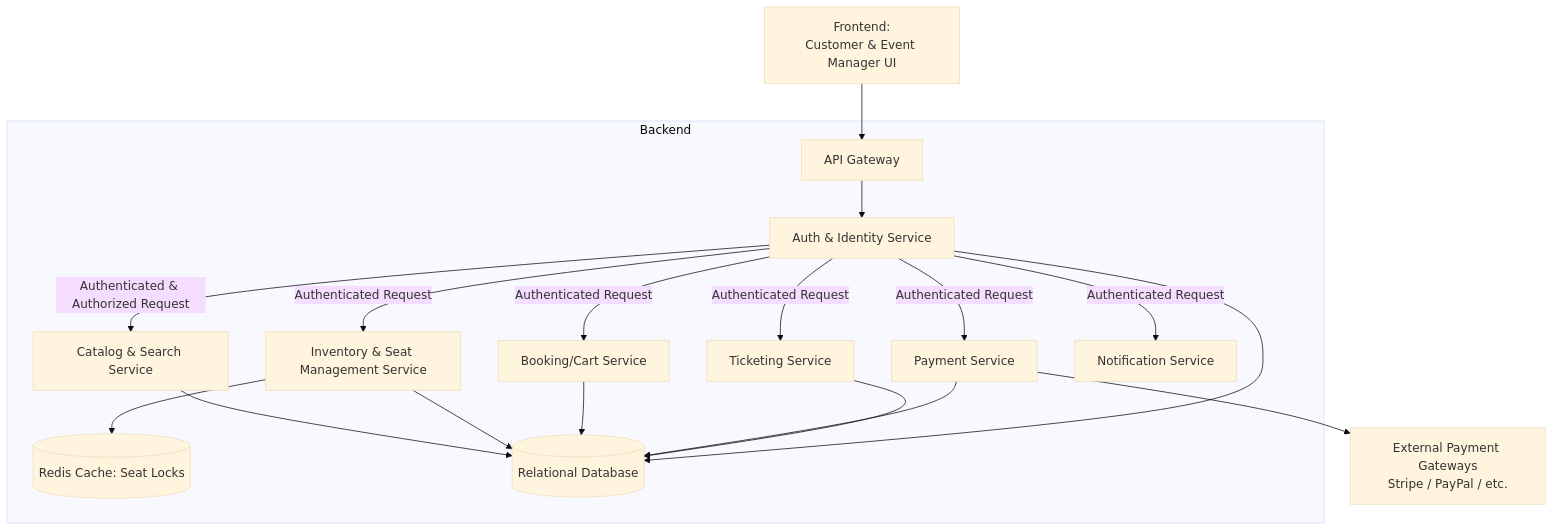
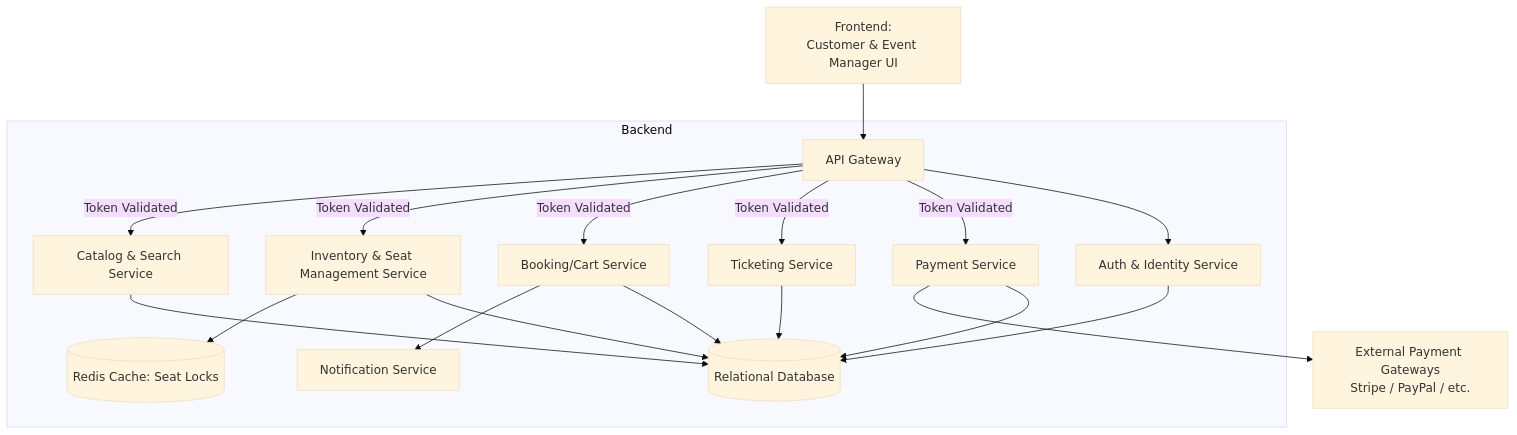
The diagram in task1/Task1.md (gcuatem/dotnet-intermediate), drawn with Mermaid (base theme) before and after one commit. The commit also changed 1 other file, not shown here.

Commit message:
apply review changes

````diff
--- a/task1/Task1.md
+++ b/task1/Task1.md
@@ -1,24 +1,24 @@
 ```mermaid
 graph TD
     Client[Frontend:<br>Customer & Event Manager UI] --> APIGateway[API Gateway]
     
-    AuthSvc -->|Authenticated & Authorized Request| EventMgmtSvc["Catalog & Search Service"]
-    AuthSvc -->|Authenticated Request| InventorySvc["Inventory & Seat Management Service"]
-    AuthSvc -->|Authenticated Request| BookingSvc[ Booking/Cart Service]
-    AuthSvc -->|Authenticated Request| TicketSvc["Ticketing Service"]
-    AuthSvc -->|Authenticated Request| PaymentSvc[Payment Service]
+    APIGateway -->|Token Validated| EventMgmtSvc["Catalog & Search Service"]
+    APIGateway -->|Token Validated| InventorySvc["Inventory & Seat Management Service"]
+    APIGateway -->|Token Validated| BookingSvc[ Booking/Cart Service]
+    APIGateway -->|Token Validated| TicketSvc["Ticketing Service"]
+    APIGateway -->|Token Validated| PaymentSvc[Payment Service]
     
     PaymentSvc --> ExtGateway[External Payment Gateways<br/>Stripe / PayPal / etc.]
     
     subgraph Backend
-    AuthSvc -->|Authenticated Request| NotifSvc[Notification Service]
+    BookingSvc --> NotifSvc[Notification Service]
         APIGateway --> AuthSvc[Auth & Identity Service<br/>]
         InventorySvc --> Redis[(Redis Cache: Seat Locks)]
         EventMgmtSvc --> DB[(Relational Database)]
         InventorySvc --> DB
         BookingSvc --> DB
         PaymentSvc --> DB
         TicketSvc --> DB
         AuthSvc --> DB
     end
 ```
````
